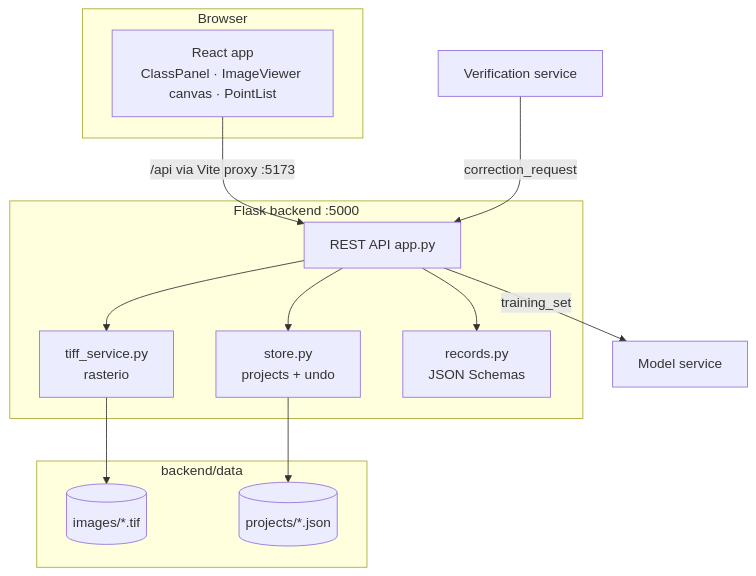
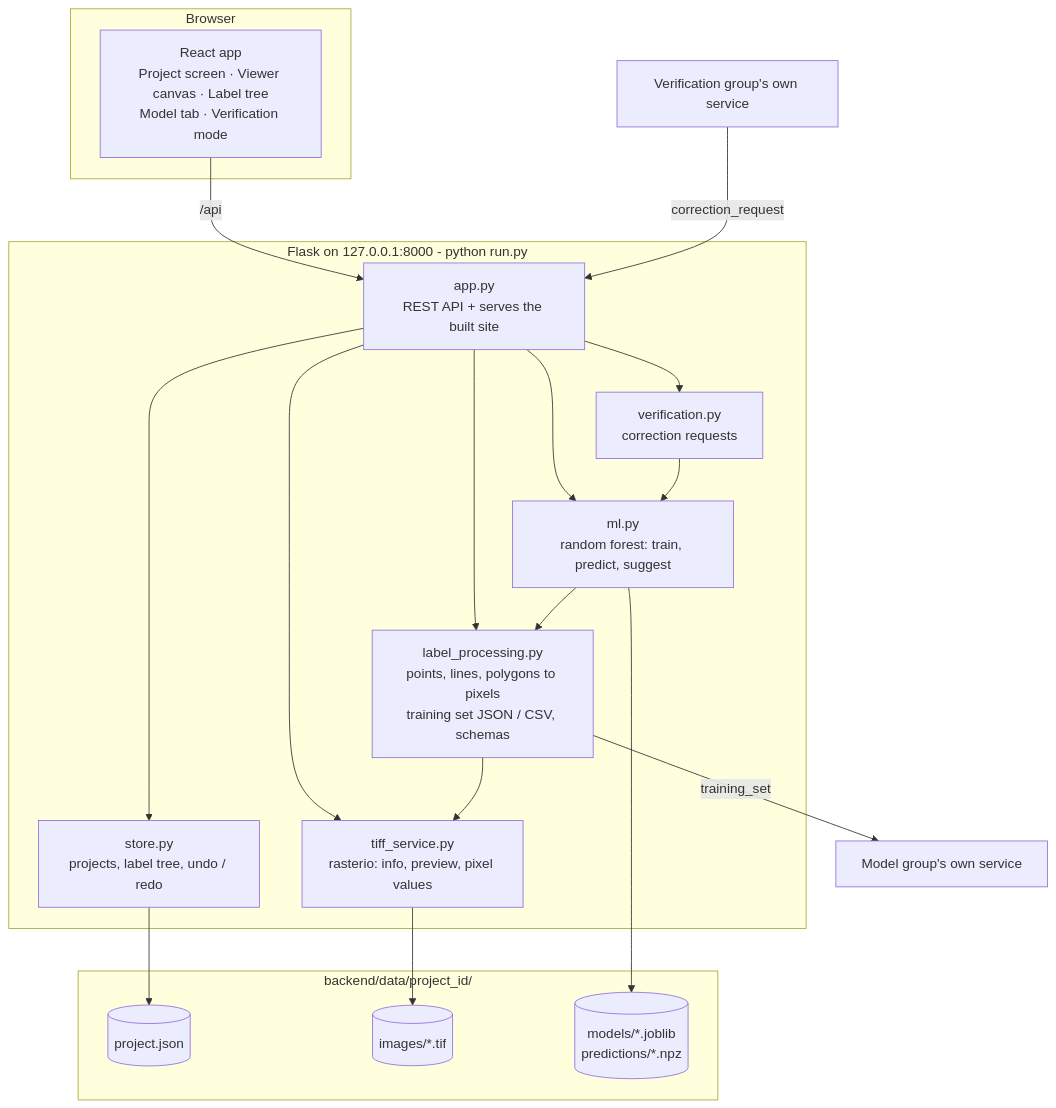
Before and after one commit to SuyashSRThapaliya/geostudio: the fifth of 5 diagrams in docs/flowcharts.md, drawn with Mermaid. The commit also changed other lines of this file and 47 other files, not shown here.

First line of the commit message:
Full working app: projects, label tree, points/lines/polygons, undo/redo, model, verification

````diff
--- a/docs/flowcharts.md
+++ b/docs/flowcharts.md
@@ -123,22 +123,28 @@
 ```mermaid
 flowchart TB
     subgraph Browser
-        UI[React app<br/>ClassPanel · ImageViewer canvas · PointList]
+        UI[React app<br/>Project screen · Viewer canvas · Label tree<br/>Model tab · Verification mode]
     end
-    subgraph Backend[Flask backend :5000]
-        API[REST API app.py]
-        TS[tiff_service.py<br/>rasterio]
-        ST[store.py<br/>projects + undo]
-        REC[records.py<br/>JSON Schemas]
+    subgraph Backend[Flask on 127.0.0.1:8000 - python run.py]
+        API[app.py<br/>REST API + serves the built site]
+        TS[tiff_service.py<br/>rasterio: info, preview, pixel values]
+        ST[store.py<br/>projects, label tree, undo / redo]
+        LP[label_processing.py<br/>points, lines, polygons to pixels<br/>training set JSON / CSV, schemas]
+        ML[ml.py<br/>random forest: train, predict, suggest]
+        VER[verification.py<br/>correction requests]
     end
-    subgraph Storage[backend/data]
+    subgraph Storage[backend/data/project_id/]
+        PRJ[(project.json)]
         IMG[(images/*.tif)]
-        PRJ[(projects/*.json)]
+        MOD[(models/*.joblib<br/>predictions/*.npz)]
     end
-    UI -- /api via Vite proxy :5173 --> API
+    UI -- /api --> API
     API --> TS --> IMG
     API --> ST --> PRJ
-    API --> REC
-    API -- training_set --> MODEL[Model service]
-    VER[Verification service] -- correction_request --> API
+    API --> LP --> TS
+    API --> ML --> MOD
+    ML --> LP
+    API --> VER --> ML
+    LP -- training_set --> EXT1[Model group's own service]
+    EXT2[Verification group's own service] -- correction_request --> API
 ```
````
